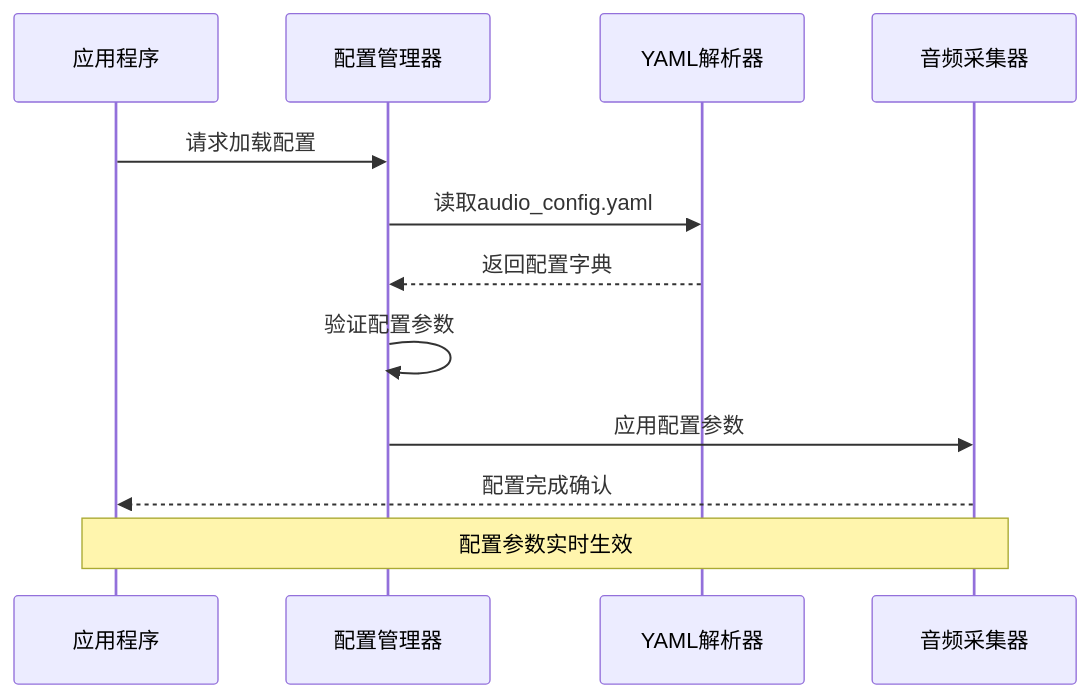
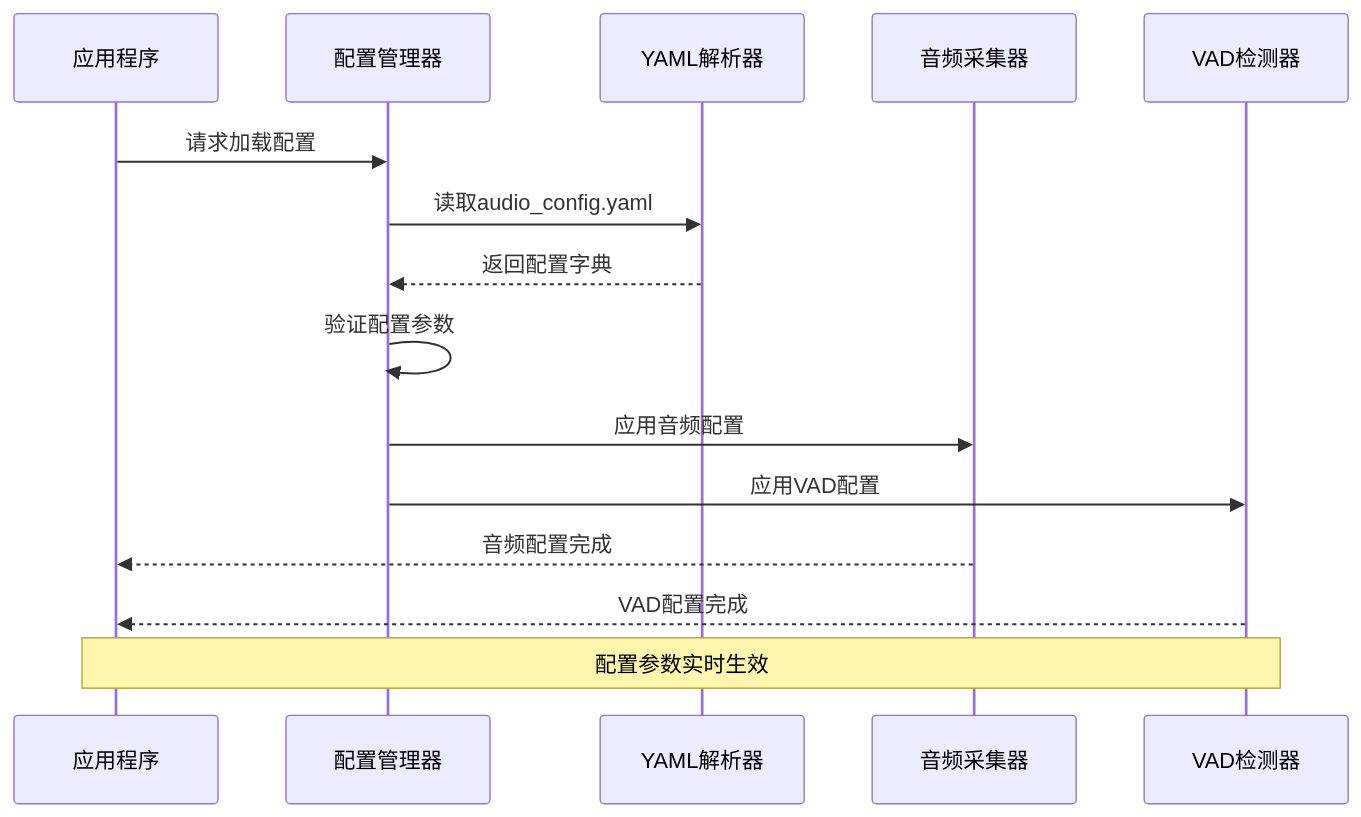
Before and after one commit to cir9no/VRChatSocialAssistant: the second of 6 diagrams in .qoder/repowiki/zh/content/配置管理.md, drawn with Mermaid. The commit also changed other lines of this file and 9 other files, not shown here.

````diff
--- a/.qoder/repowiki/zh/content/配置管理.md
+++ b/.qoder/repowiki/zh/content/配置管理.md
@@ -157,14 +307,17 @@
 ```mermaid
 sequenceDiagram
 participant App as 应用程序
 participant Config as 配置管理器
 participant YAML as YAML解析器
 participant Audio as 音频采集器
+participant VAD as VAD检测器
 App->>Config : 请求加载配置
 Config->>YAML : 读取audio_config.yaml
 YAML-->>Config : 返回配置字典
 Config->>Config : 验证配置参数
-Config->>Audio : 应用配置参数
-Audio-->>App : 配置完成确认
-Note over App,Audio : 配置参数实时生效
+Config->>Audio : 应用音频配置
+Config->>VAD : 应用VAD配置
+Audio-->>App : 音频配置完成
+VAD-->>App : VAD配置完成
+Note over App,VAD : 配置参数实时生效
 ```
````
